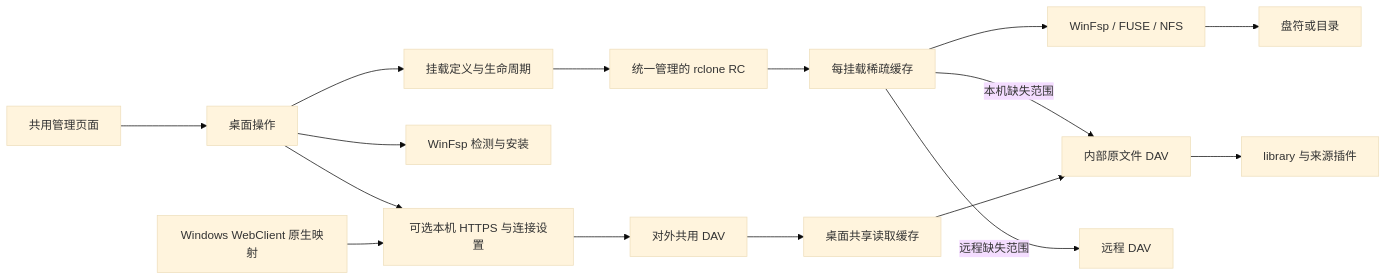
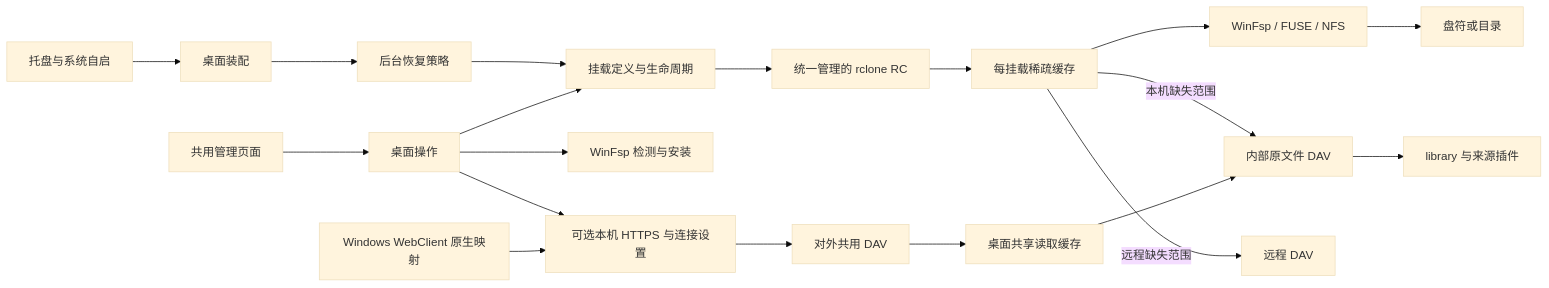
One commit to shengyusi-SYS/musicfs changed the diagram in docs/architecture/desktop-mounts.md. Above: the diagram before and after it, drawn with Mermaid (base theme). The commit also changed other lines of this file and 73 other files, not shown here.

Commit message:
feat(desktop): add tray startup, mount restoration and management sessions

````diff
--- a/docs/architecture/desktop-mounts.md
+++ b/docs/architecture/desktop-mounts.md
@@ -5,18 +5,21 @@
 ```mermaid
 flowchart LR
+  Tray[托盘与系统自启] --> Launcher[桌面装配]
+  Launcher --> Restore[后台恢复策略]
+  Restore --> Mount
   UI[共用管理页面] --> API[桌面操作]
   API --> Mount[挂载定义与生命周期]
   API --> Setup[WinFsp 检测与安装]
   API --> TLS[可选本机 HTTPS 与连接设置]
   Mount --> RC[统一管理的 rclone RC]
   RC --> VFS[每挂载稀疏缓存]
   VFS --> Bridge[WinFsp / FUSE / NFS]
   Bridge --> Drive[盘符或目录]
   VFS -->|本机缺失范围| Raw[内部原文件 DAV]
   VFS -->|远程缺失范围| Remote[远程 DAV]
   Explorer[Windows WebClient 原生映射] --> TLS
   TLS --> Public[对外共用 DAV]
   Public --> Shared[桌面共享读取缓存]
   Shared --> Raw
   Raw --> Library[library 与来源插件]
 ```
````
